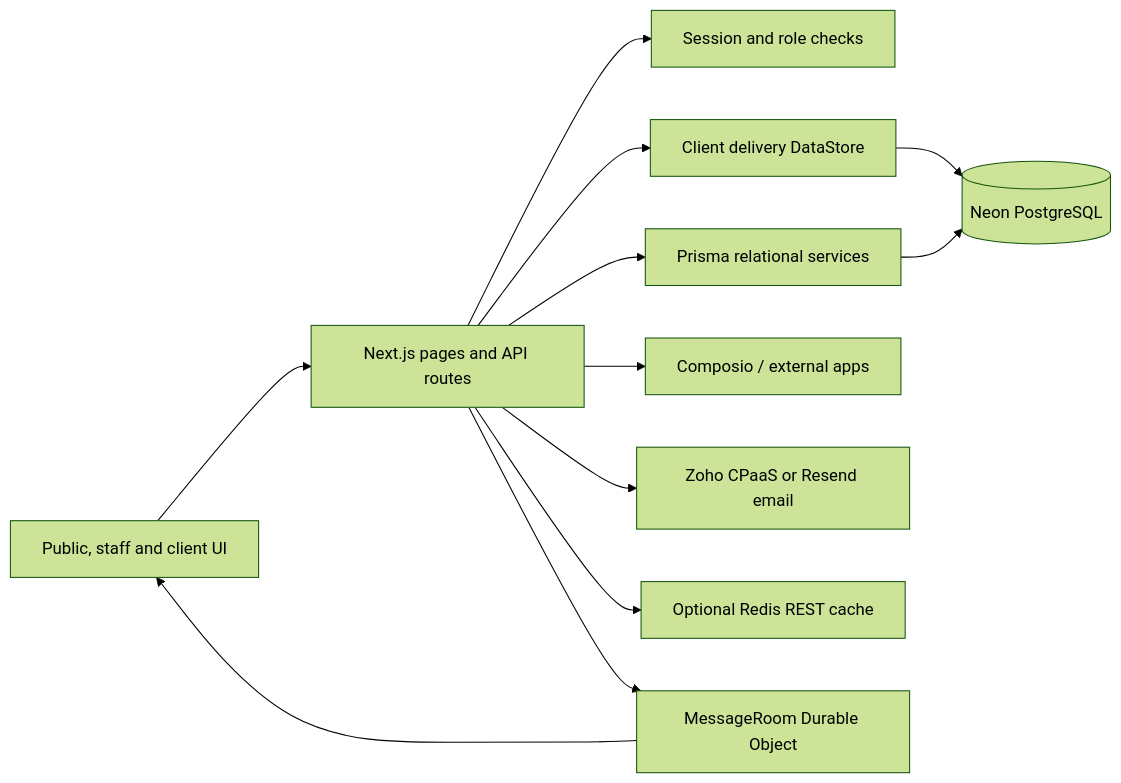
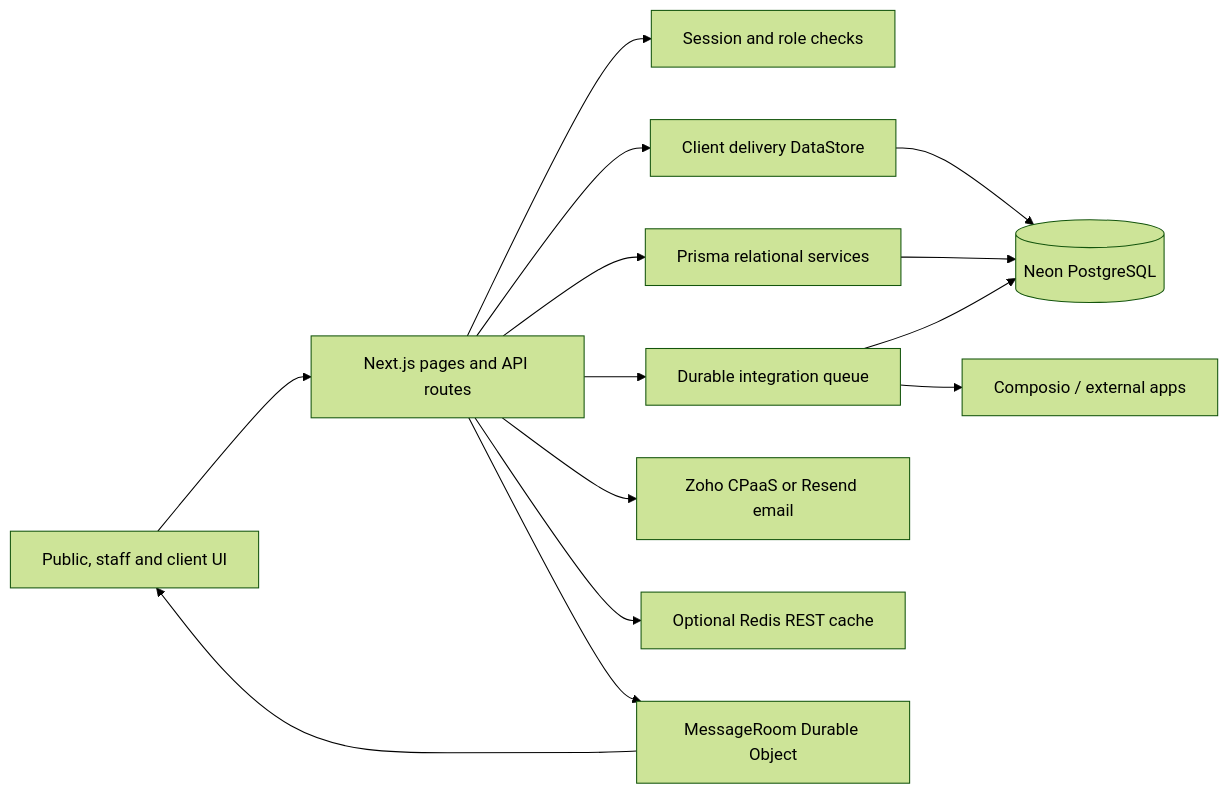
The diagram in architecture/README.md (brcbro/boatship), drawn with Mermaid (forest theme) before and after one commit. The commit also changed other lines of this file and 161 other files, not shown here.

````diff
--- a/architecture/README.md
+++ b/architecture/README.md
@@ -24,14 +28,16 @@
 ```mermaid
 flowchart LR
   Browser[Public, staff and client UI] --> Next[Next.js pages and API routes]
   Next --> Auth[Session and role checks]
   Next --> Store[Client delivery DataStore]
   Next --> Relational[Prisma relational services]
   Store --> Neon[(Neon PostgreSQL)]
   Relational --> Neon
-  Next --> Composio[Composio / external apps]
+  Next --> Jobs[Durable integration queue]
+  Jobs --> Neon
+  Jobs --> Composio[Composio / external apps]
   Next --> Email[Zoho CPaaS or Resend email]
   Next --> Redis[Optional Redis REST cache]
   Next --> DO[MessageRoom Durable Object]
   DO --> Browser
 ```
````
